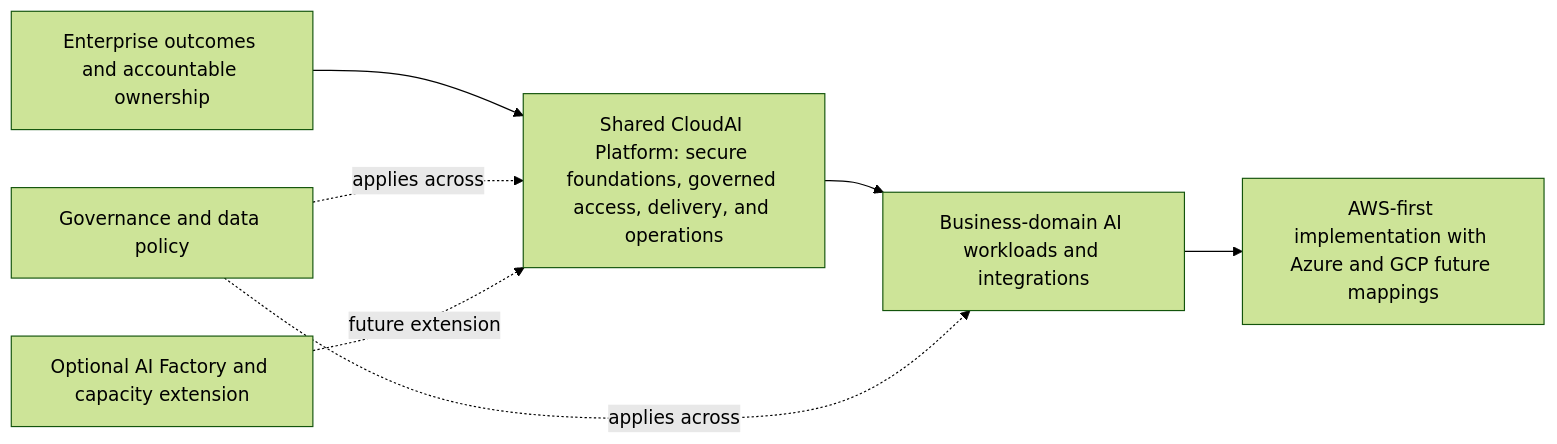
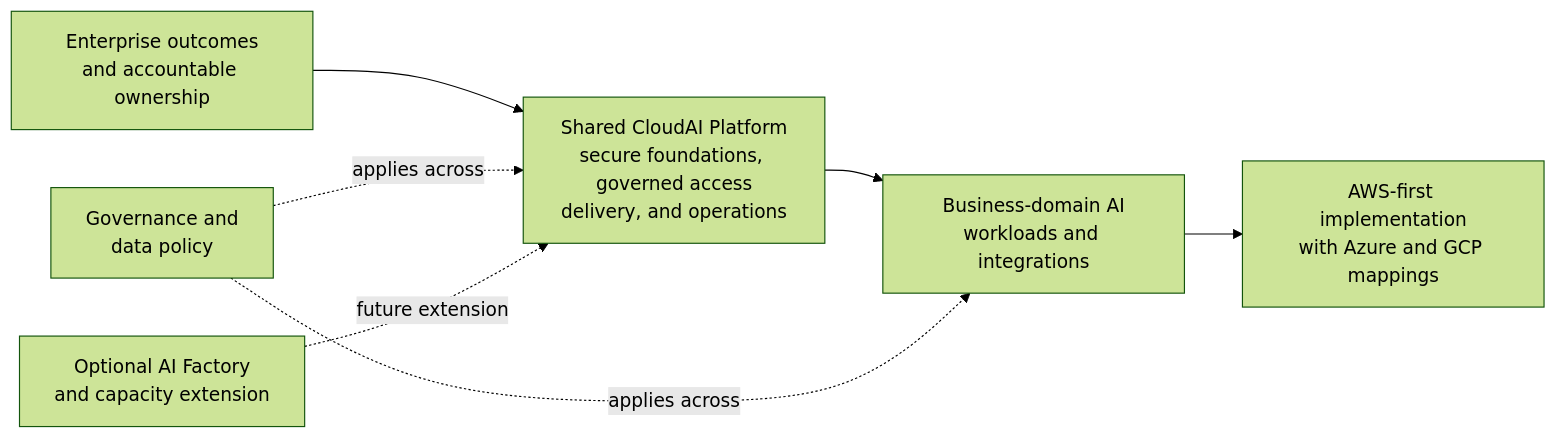
One commit to afaryy/cloudai-platform changed the diagram in README.md. Above: the diagram before and after it, drawn with Mermaid (forest theme). The commit also changed 2 other files, not shown here.

Commit message:
docs: improve architecture diagram readability

````diff
--- a/README.md
+++ b/README.md
@@ -15,14 +15,14 @@
 ```mermaid
 flowchart LR
-  context["Enterprise outcomes and accountable ownership"]
-  policy["Governance and data policy"]
-  platform["Shared CloudAI Platform: secure foundations, governed access, delivery, and operations"]
-  workloads["Business-domain AI workloads and integrations"]
-  providers["AWS-first implementation with Azure and GCP future mappings"]
-  capacity["Optional AI Factory and capacity extension"]
+  context["Enterprise outcomes<br/>and accountable ownership"]
+  policy["Governance and<br/>data policy"]
+  platform["Shared CloudAI Platform<br/>secure foundations, governed access<br/>delivery, and operations"]
+  workloads["Business-domain AI<br/>workloads and integrations"]
+  providers["AWS-first implementation<br/>with Azure and GCP mappings"]
+  capacity["Optional AI Factory<br/>and capacity extension"]
 
   context --> platform --> workloads --> providers
   policy -. "applies across" .-> platform
   policy -. "applies across" .-> workloads
   capacity -. "future extension" .-> platform
 ```
````
